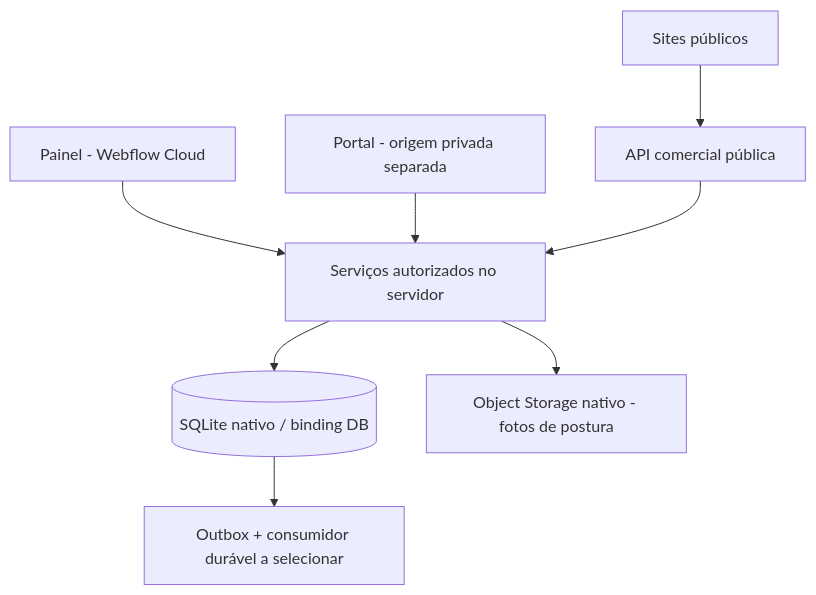
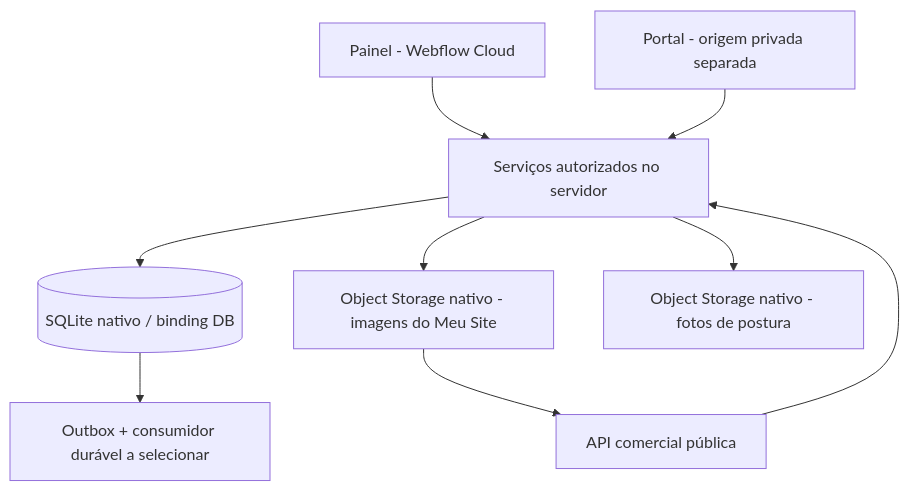
The diagram in docs/ARQUITETURA-WEBFLOW-CLOUD.md (rafsoaresm/projeto-musculo), drawn with Mermaid before and after one commit. The commit also changed other lines of this file and 43 other files, not shown here.

First line of the commit message:
feat(meu-site): imagens do site em bucket privado servido pela rota do app (0.36)

````diff
--- a/docs/ARQUITETURA-WEBFLOW-CLOUD.md
+++ b/docs/ARQUITETURA-WEBFLOW-CLOUD.md
@@ -22,10 +22,11 @@
 ```mermaid
 flowchart TB
   P[Painel - Webflow Cloud] --> S[Serviços autorizados no servidor]
   A[Portal - origem privada separada] --> S
   M[Sites públicos] --> C[API comercial pública]
   C --> S
   S --> DB[(SQLite nativo / binding DB)]
   S --> O[Object Storage nativo - fotos de postura]
+  S --> M[Object Storage nativo - imagens do Meu Site]
   DB --> J[Outbox + consumidor durável a selecionar]
 ```
````
